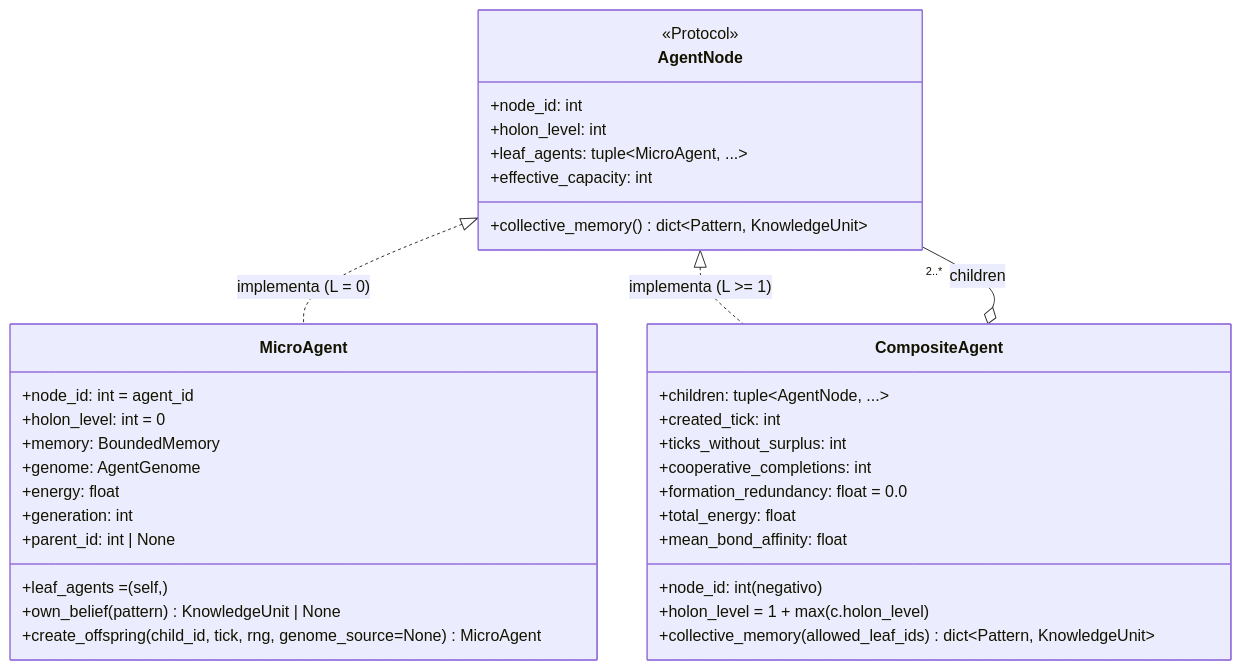
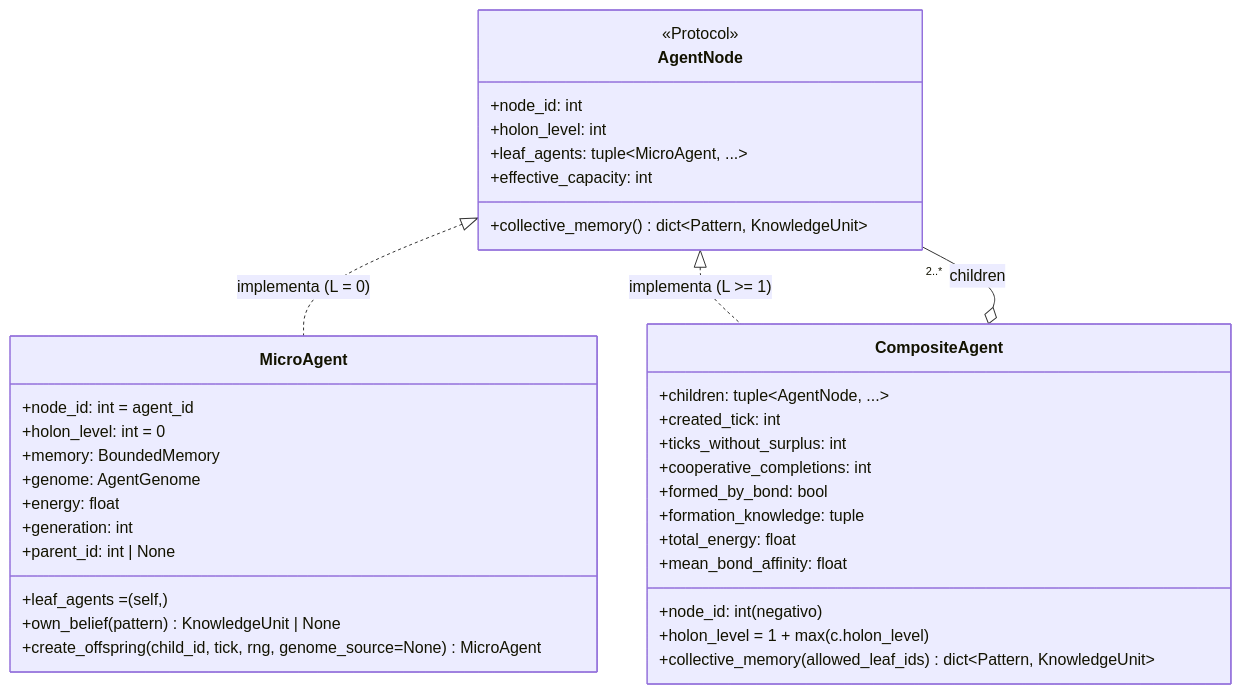
The first of 2 diagrams in DEFINICIONES_TECNICAS.md (Jorge-Guli/IDE), drawn with Mermaid before and after one commit. The commit also changed other lines of this file and 6 other files, not shown here.

````diff
--- a/DEFINICIONES_TECNICAS.md
+++ b/DEFINICIONES_TECNICAS.md
@@ -276,41 +276,42 @@
 ```mermaid
 classDiagram
     class AgentNode {
         <<Protocol>>
         +node_id: int
         +holon_level: int
         +leaf_agents: tuple~MicroAgent, ...~
         +effective_capacity: int
         +collective_memory() dict~Pattern, KnowledgeUnit~
     }
 
     class MicroAgent {
         +node_id: int = agent_id
         +holon_level: int = 0
         +leaf_agents = (self,)
         +memory: BoundedMemory
         +genome: AgentGenome
         +energy: float
         +generation: int
         +parent_id: int | None
         +own_belief(pattern) KnowledgeUnit | None
         +create_offspring(child_id, tick, rng, genome_source=None) MicroAgent
     }
 
     class CompositeAgent {
         +node_id: int (negativo)
         +children: tuple~AgentNode, ...~
         +created_tick: int
         +ticks_without_surplus: int
         +cooperative_completions: int
-        +formation_redundancy: float = 0.0
+        +formed_by_bond: bool
+        +formation_knowledge: tuple
         +holon_level = 1 + max(c.holon_level)
         +total_energy: float
         +mean_bond_affinity: float
         +collective_memory(allowed_leaf_ids) dict~Pattern, KnowledgeUnit~
     }
 
     AgentNode <|.. MicroAgent : implementa (L = 0)
     AgentNode <|.. CompositeAgent : implementa (L >= 1)
     CompositeAgent o-- "2..*" AgentNode : children
 ```
````
